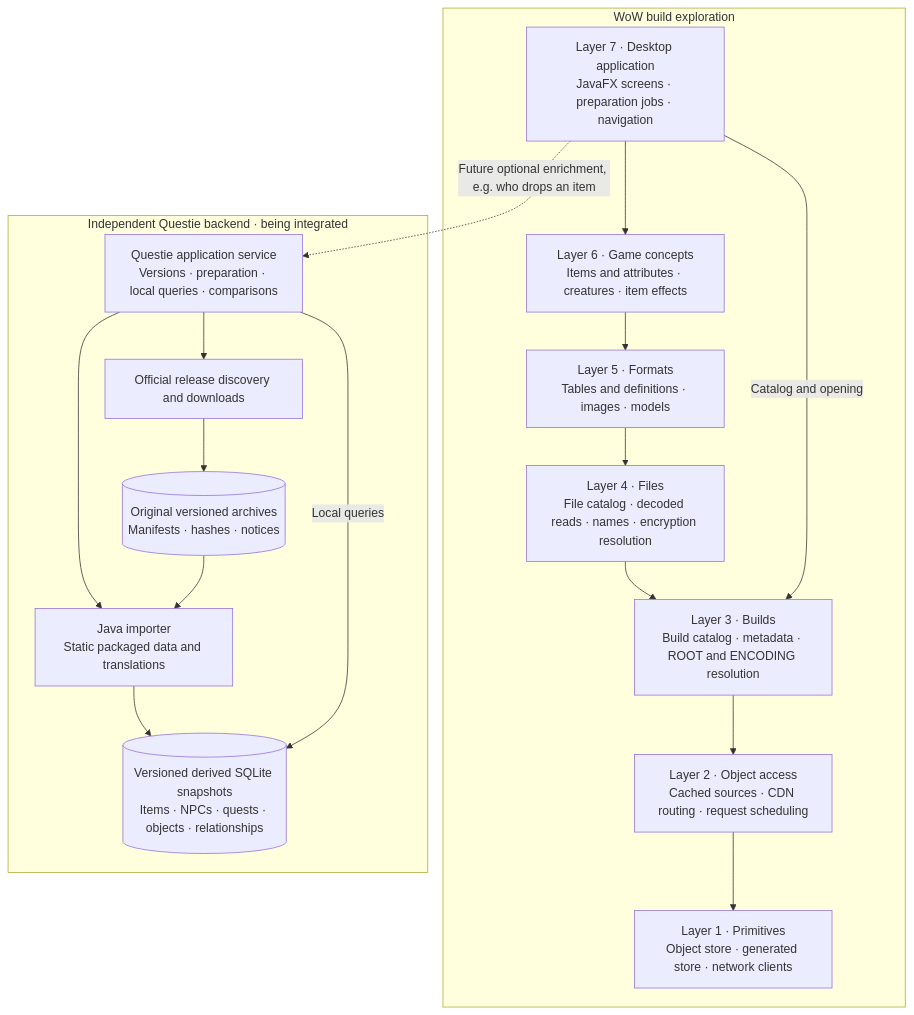
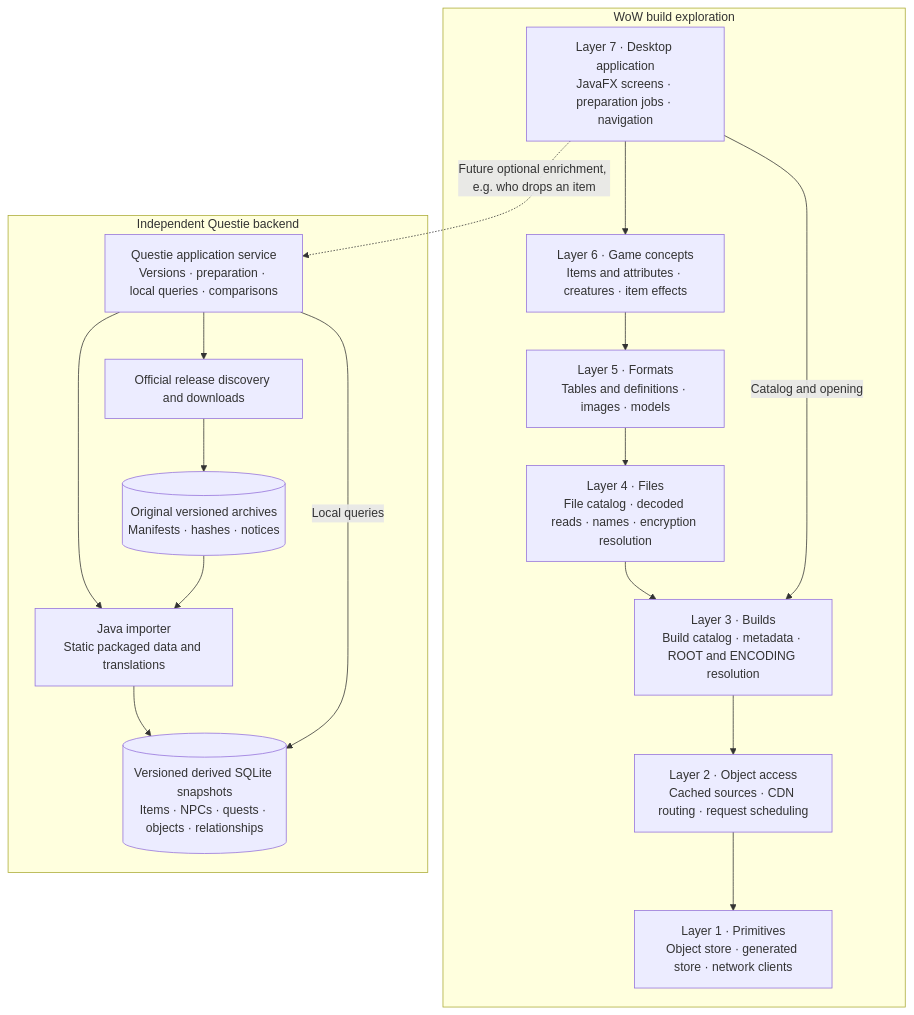
The diagram in architecture.md (aircan80/vimi), drawn with Mermaid before and after one commit. The commit also changed 2 other files, not shown here.

Commit message:
Document completed standalone Questie backend integration

````diff
--- a/architecture.md
+++ b/architecture.md
@@ -8,28 +8,28 @@
 ```mermaid
 flowchart TB
     subgraph Builds["WoW build exploration"]
         L7["Layer 7 · Desktop application<br/>JavaFX screens · preparation jobs · navigation"]
         L6["Layer 6 · Game concepts<br/>Items and attributes · creatures · item effects"]
         L5["Layer 5 · Formats<br/>Tables and definitions · images · models"]
         L4["Layer 4 · Files<br/>File catalog · decoded reads · names · encryption resolution"]
         L3["Layer 3 · Builds<br/>Build catalog · metadata · ROOT and ENCODING resolution"]
         L2["Layer 2 · Object access<br/>Cached sources · CDN routing · request scheduling"]
         L1["Layer 1 · Primitives<br/>Object store · generated store · network clients"]
         L7 --> L6 --> L5 --> L4 --> L3 --> L2 --> L1
         L7 -->|"Catalog and opening"| L3
     end
 
-    subgraph Questie["Independent Questie backend · being integrated"]
+    subgraph Questie["Independent Questie backend"]
         Q["Questie application service<br/>Versions · preparation · local queries · comparisons"]
         Fetch["Official release discovery and downloads"]
         Raw[("Original versioned archives<br/>Manifests · hashes · notices")]
         Import["Java importer<br/>Static packaged data and translations"]
         Derived[("Versioned derived SQLite snapshots<br/>Items · NPCs · quests · objects · relationships")]
         Q --> Fetch --> Raw
         Q --> Import
         Raw --> Import --> Derived
         Q -->|"Local queries"| Derived
     end
 
     L7 -. "Future optional enrichment, e.g. who drops an item" .-> Q
 ```
````
